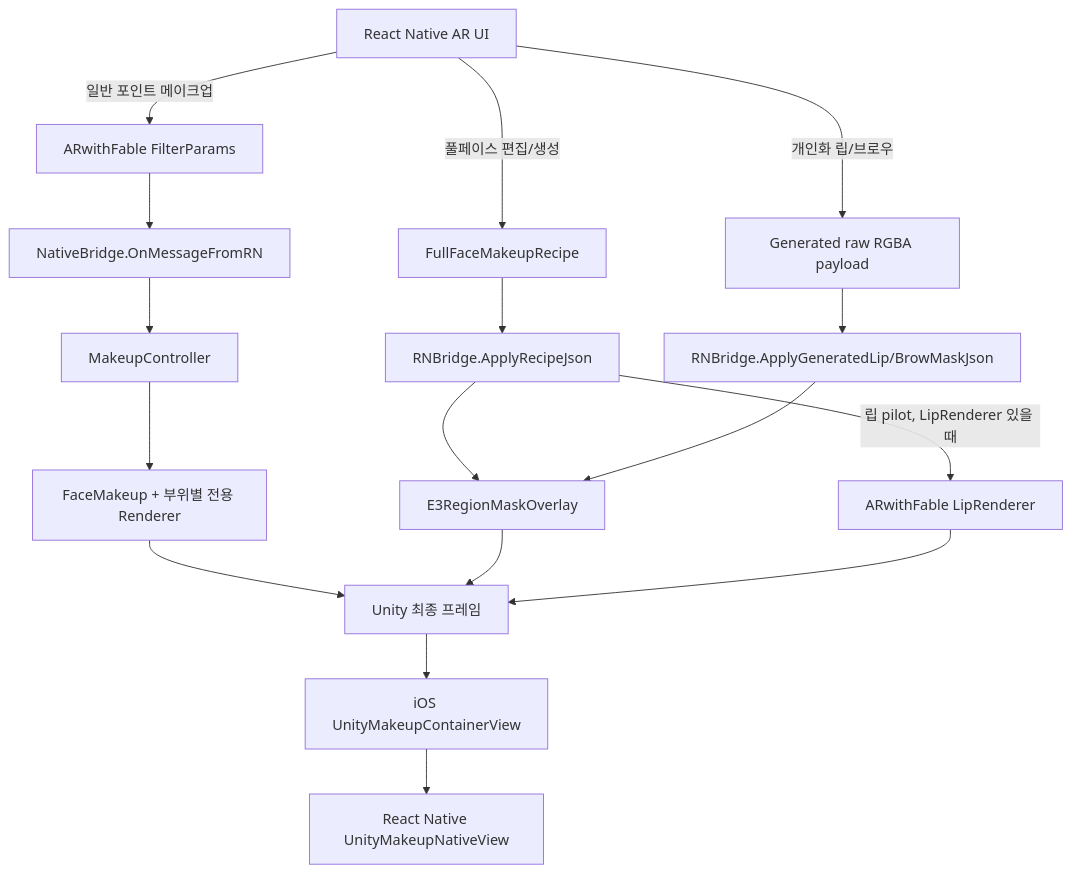
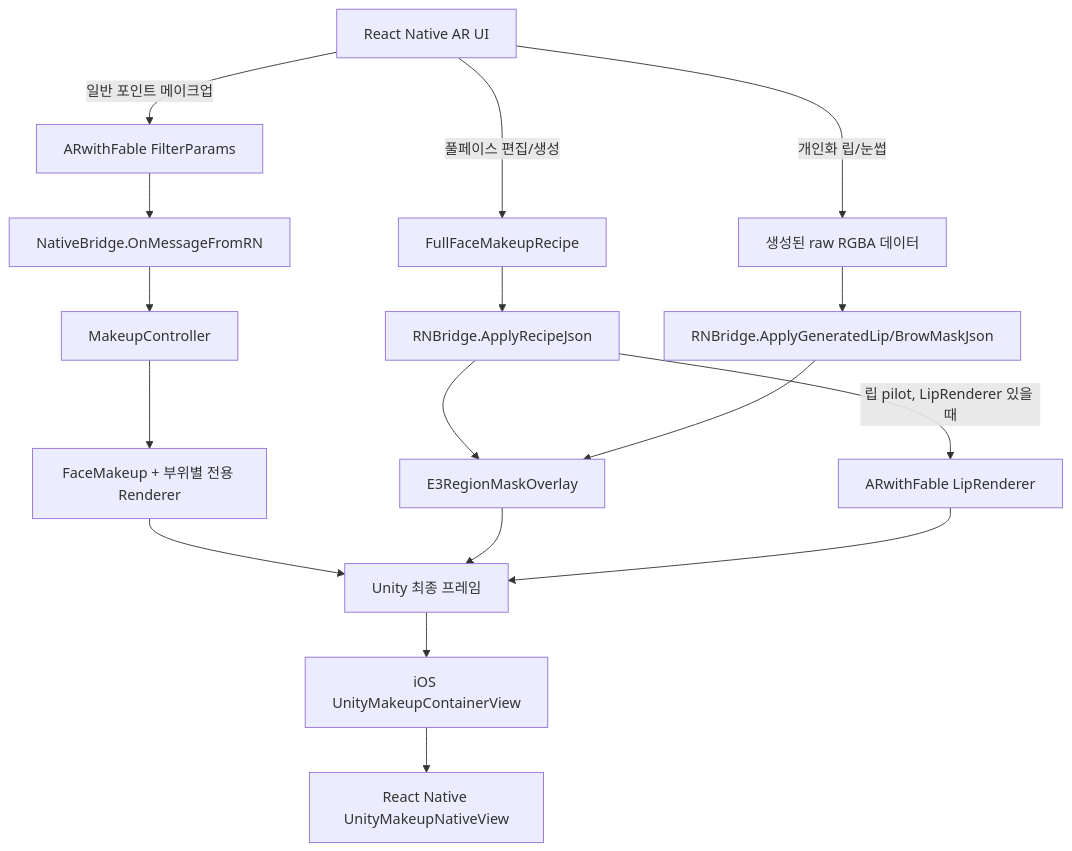
Before and after one commit to devhyun05/aura-the-beauty-app: the second of 6 diagrams in docs/unity-ar/AR_MAKEUP_RENDERING_PIPELINE_REPORT_KO.md, drawn with Mermaid. The commit also changed other lines of this file, not shown here.

````diff
--- a/docs/unity-ar/AR_MAKEUP_RENDERING_PIPELINE_REPORT_KO.md
+++ b/docs/unity-ar/AR_MAKEUP_RENDERING_PIPELINE_REPORT_KO.md
@@ -270,23 +310,23 @@
 ```mermaid
 flowchart TD
     UI[React Native AR UI]
     UI -->|일반 포인트 메이크업| FP[ARwithFable FilterParams]
     UI -->|풀페이스 편집/생성| RP[FullFaceMakeupRecipe]
-    UI -->|개인화 립/브로우| GP[Generated raw RGBA payload]
+    UI -->|개인화 립/눈썹| GP[생성된 raw RGBA 데이터]
 
     FP --> NB[NativeBridge.OnMessageFromRN]
     NB --> MC[MakeupController]
     MC --> FM[FaceMakeup + 부위별 전용 Renderer]
 
     RP --> RB[RNBridge.ApplyRecipeJson]
     GP --> RB2[RNBridge.ApplyGeneratedLip/BrowMaskJson]
     RB --> E3[E3RegionMaskOverlay]
     RB2 --> E3
     RB -->|립 pilot, LipRenderer 있을 때| LR[ARwithFable LipRenderer]
 
     FM --> UF[Unity 최종 프레임]
     E3 --> UF
     LR --> UF
     UF --> IOS[iOS UnityMakeupContainerView]
     IOS --> RNV[React Native UnityMakeupNativeView]
 ```
````
